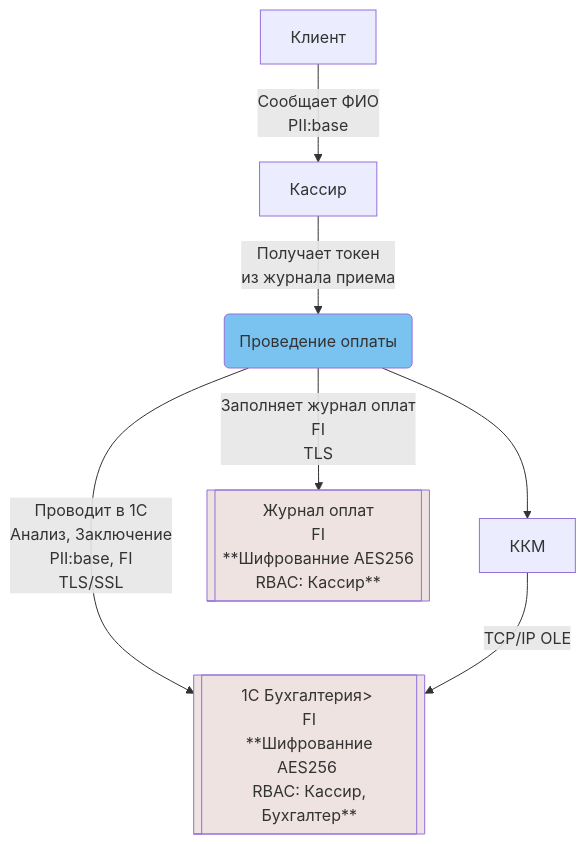
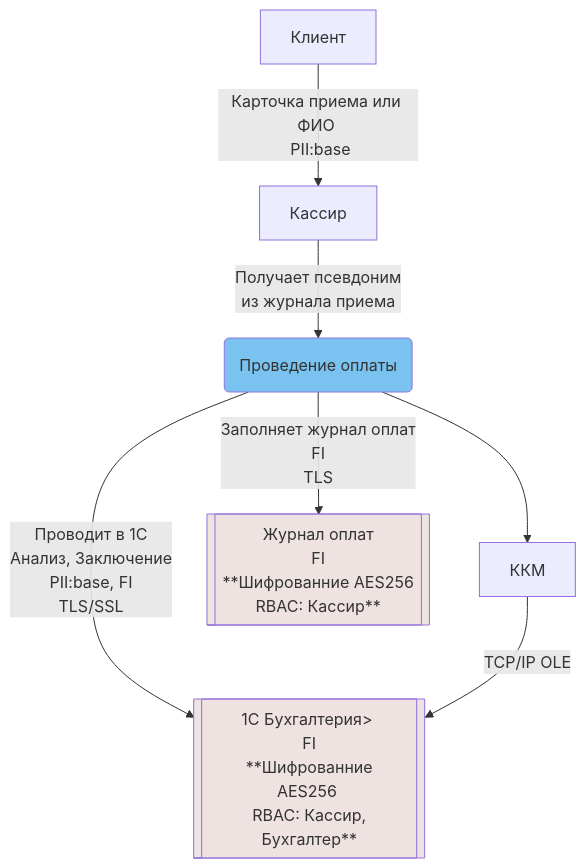
The fourth of 5 diagrams in Task1/T1_Solution.md (Rzr18/architecture-medikamente), drawn with Mermaid before and after one commit. The commit also changed other lines of this file and 6 other files, not shown here.

````diff
--- a/Task1/T1_Solution.md
+++ b/Task1/T1_Solution.md
@@ -77,23 +78,23 @@
 ```mermaid
 flowchart TD    
     client[Клиент]
     pers[Кассир]
     kkm[ККМ]
 
     pr(Проведение оплаты)
     
     D1[[Журнал оплат <br> FI <br> **Шифрованние AES256 <br> RBAC: Кассир** ]]
     D2[[1С Бухгалтерия> <br> FI <br> **Шифрованние AES256 <br> RBAC: Кассир, Бухгалтер** ]]
     
-    client -->|"Сообщает ФИО <br> PII:base"| pers 
-    pers -->|Получает токен <br> из журнала приема| pr
+    client -->|"Карточка приема или ФИО <br> PII:base"| pers 
+    pers -->|Получает псевдоним <br> из журнала приема| pr
     pr --> kkm
     pr -->|Заполняет журнал оплат <br> FI <br> TLS| D1
     pr -->|Проводит в 1С <br> Анализ, Заключение <br> PII:base, FI <br> TLS/SSL| D2
     kkm -->|TCP/IP OLE| D2
     
     classDef process fill:#7ac3f0
     classDef data fill:#eee3e0
     class D1,D2,D3 data
     class pr,prp process
 ```
````
